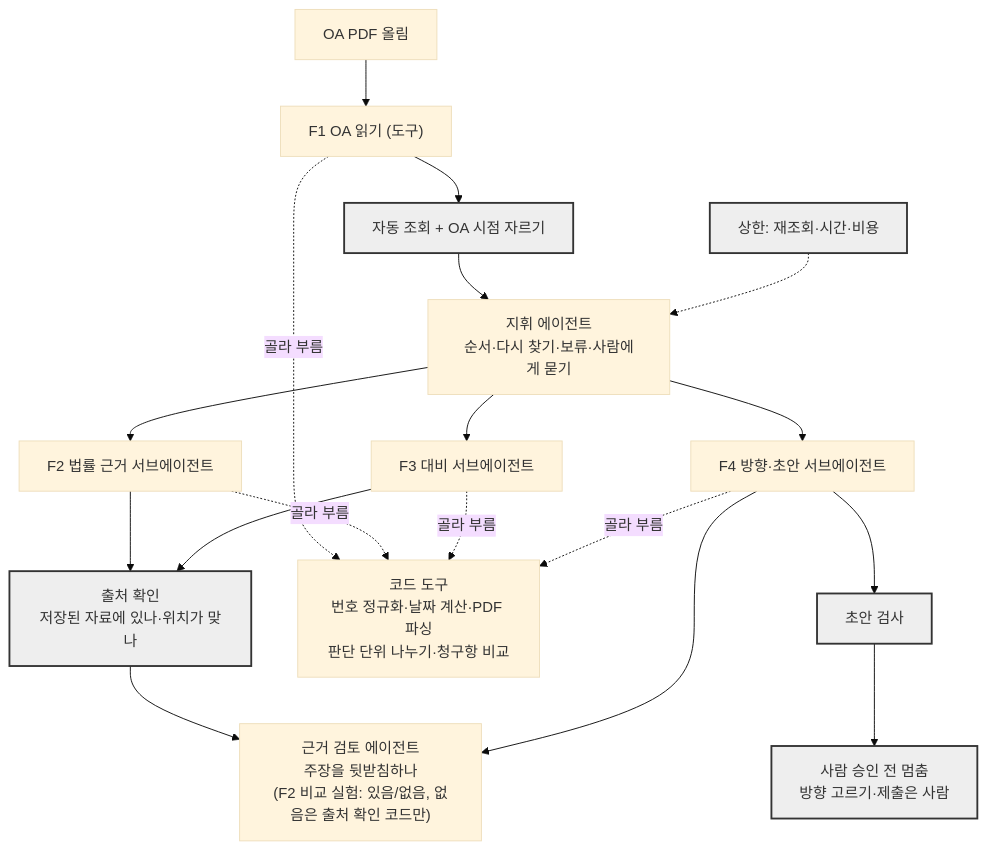
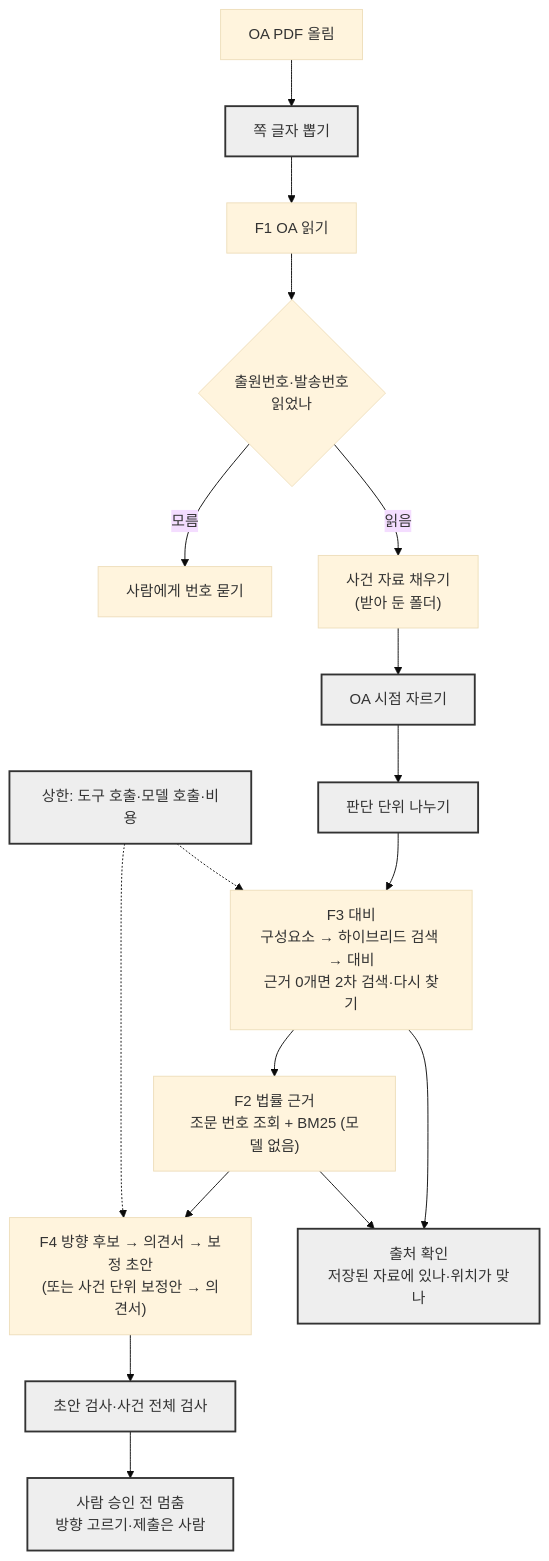
The second of 2 diagrams in docs/architecture.md (merge-mates/patent-ai-workspace), drawn with Mermaid (base theme) before and after one commit. The commit also changed other lines of this file and 1 other file, not shown here.

````diff
--- a/docs/architecture.md
+++ b/docs/architecture.md
@@ -94,18 +98,19 @@
 ```mermaid
 flowchart TD
-  IN["OA PDF 올림"] --> F1["F1 OA 읽기 (도구)"]
-  F1 --> CUT["자동 조회 + OA 시점 자르기"]
-  CUT --> O["지휘 에이전트<br/>순서·다시 찾기·보류·사람에게 묻기"]
-  O --> F3["F3 대비 서브에이전트"]
-  O --> F2["F2 법률 근거 서브에이전트"]
-  O --> F4["F4 방향·초안 서브에이전트"]
-  F2 & F3 --> SRC["출처 확인<br/>저장된 자료에 있나·위치가 맞나"]
-  SRC --> V["근거 검토 에이전트<br/>주장을 뒷받침하나<br/>(F2 비교 실험: 있음/없음, 없음은 출처 확인 코드만)"]
-  F4 --> V
-  F1 & F2 & F3 & F4 -.골라 부름.-> T["코드 도구<br/>번호 정규화·날짜 계산·PDF 파싱<br/>판단 단위 나누기·청구항 비교"]
-  F4 --> CHK["초안 검사"]
+  IN["OA PDF 올림"] --> PG["쪽 글자 뽑기"]
+  PG --> F1["F1 OA 읽기"]
+  F1 --> CHK0{"출원번호·발송번호<br/>읽었나"}
+  CHK0 -- 모름 --> ASK["사람에게 번호 묻기"]
+  CHK0 -- 읽음 --> FILL["사건 자료 채우기<br/>(받아 둔 폴더)"]
+  FILL --> CUT["OA 시점 자르기"]
+  CUT --> UNIT["판단 단위 나누기"]
+  UNIT --> F3["F3 대비<br/>구성요소 → 하이브리드 검색 → 대비<br/>근거 0개면 2차 검색·다시 찾기"]
+  F3 --> F2["F2 법률 근거<br/>조문 번호 조회 + BM25 (모델 없음)"]
+  F2 --> F4["F4 방향 후보 → 의견서 → 보정 초안<br/>(또는 사건 단위 보정안 → 의견서)"]
+  F3 & F2 --> SRC["출처 확인<br/>저장된 자료에 있나·위치가 맞나"]
+  F4 --> CHK["초안 검사·사건 전체 검사"]
   CHK --> HUMAN["사람 승인 전 멈춤<br/>방향 고르기·제출은 사람"]
-  LIM["상한: 재조회·시간·비용"] -.-> O
+  LIM["상한: 도구 호출·모델 호출·비용"] -.-> F3 & F4
   classDef fixed fill:#eee,stroke:#333,stroke-width:2px;
-  class CUT,SRC,CHK,HUMAN,LIM fixed
+  class PG,CUT,UNIT,SRC,CHK,HUMAN,LIM fixed
 ```
````
